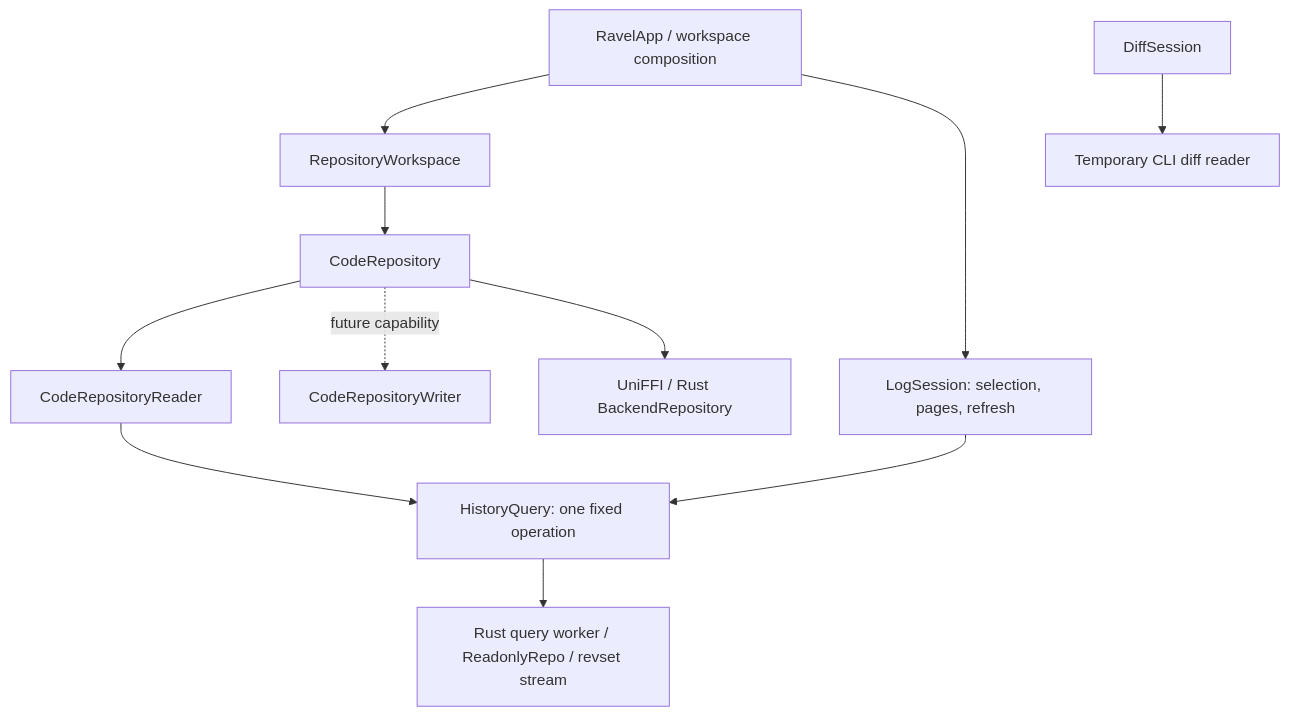
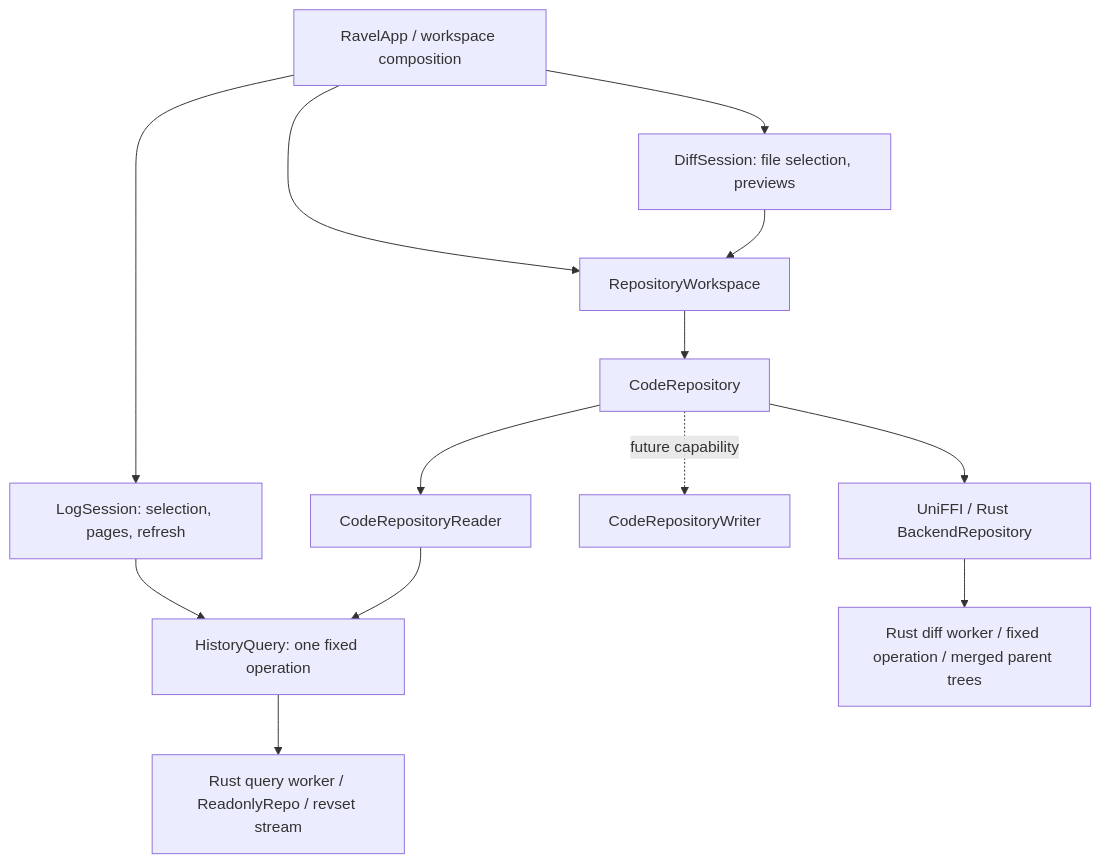
One commit to Weixi779/Ravel changed the diagram in Documentation/RepositoryArchitecture.md. Above: the diagram before and after it, drawn with Mermaid. The commit also changed other lines of this file and 30 other files, not shown here.

First line of the commit message:
refactor(diff): migrate reads from jj CLI to native backend

````diff
--- a/Documentation/RepositoryArchitecture.md
+++ b/Documentation/RepositoryArchitecture.md
@@ -7,13 +7,15 @@
 ```mermaid
 flowchart TD
     App[RavelApp / workspace composition] --> Workspace[RepositoryWorkspace]
     App --> Log[LogSession: selection, pages, refresh]
+    App --> Diff[DiffSession: file selection, previews]
+    Diff --> Workspace
     Workspace --> Repository[CodeRepository]
     Repository --> Reader[CodeRepositoryReader]
     Repository -. future capability .-> Writer[CodeRepositoryWriter]
     Log --> Query[HistoryQuery: one fixed operation]
     Reader --> Query
     Repository --> Native[UniFFI / Rust BackendRepository]
     Query --> Worker[Rust query worker / ReadonlyRepo / revset stream]
-    Diff[DiffSession] --> CLI[Temporary CLI diff reader]
+    Native --> DiffWorker[Rust diff worker / fixed operation / merged parent trees]
 ```
````
